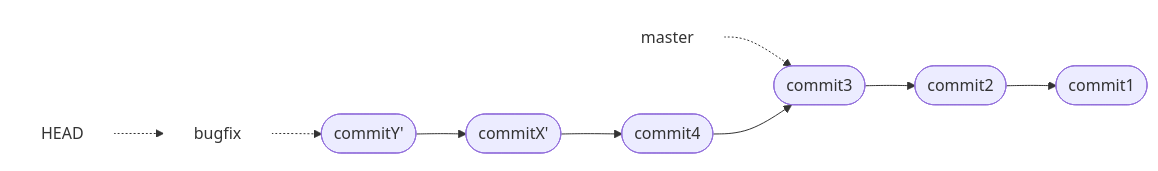
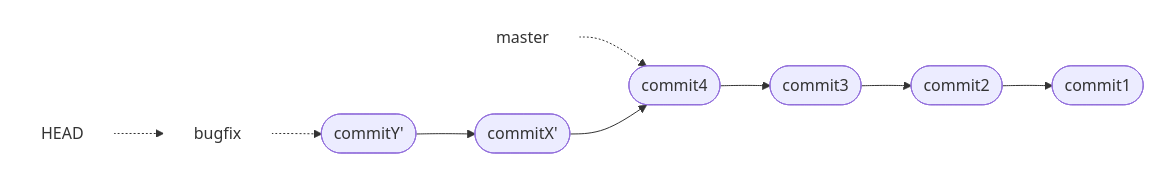
Before and after one commit to hpc2n/course-intro-git: the seventh of 9 diagrams in docs/branches.md, drawn with Mermaid.

Commit message:
correct rebasing graph

````diff
--- a/docs/branches.md
+++ b/docs/branches.md
@@ -870,26 +870,26 @@
 ```mermaid
 graph LR
 
   master["master"]
   style master fill:#ffffff,stroke:#ffffff
   head["HEAD"]
   style head fill:#ffffff,stroke:#ffffff
   bugfix["bugfix"]
   style bugfix fill:#ffffff,stroke:#ffffff
 
   commit1(["commit1"])
   commit2(["commit2"])
   commit3(["commit3"])
   commit4(["commit4"])
   commitXp(["commitX'"])
   commitYp(["commitY'"])
 
   head -.-> bugfix
-  master -.-> commit3
+  master -.-> commit4
   bugfix -.-> commitYp
   commitYp --> commitXp
   commitXp --> commit4
   commit4 --> commit3
   commit3 --> commit2
   commit2 --> commit1
 ```
````
